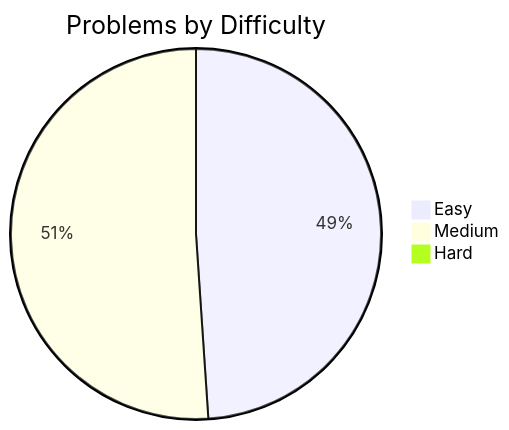
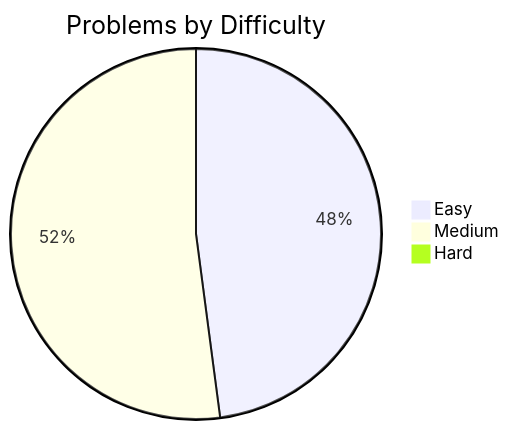
The first of 2 diagrams in readme.md (Jasjeet-Singh-S/100-days-DSA), drawn with Mermaid before and after one commit. The commit also changed other lines of this file and 1 other file, not shown here.

````diff
--- a/readme.md
+++ b/readme.md
@@ -19,6 +19,6 @@
 ```mermaid
 pie title Problems by Difficulty
     "Easy" : 23
-    "Medium" : 24
+    "Medium" : 25
     "Hard" : 0
 ```
````
